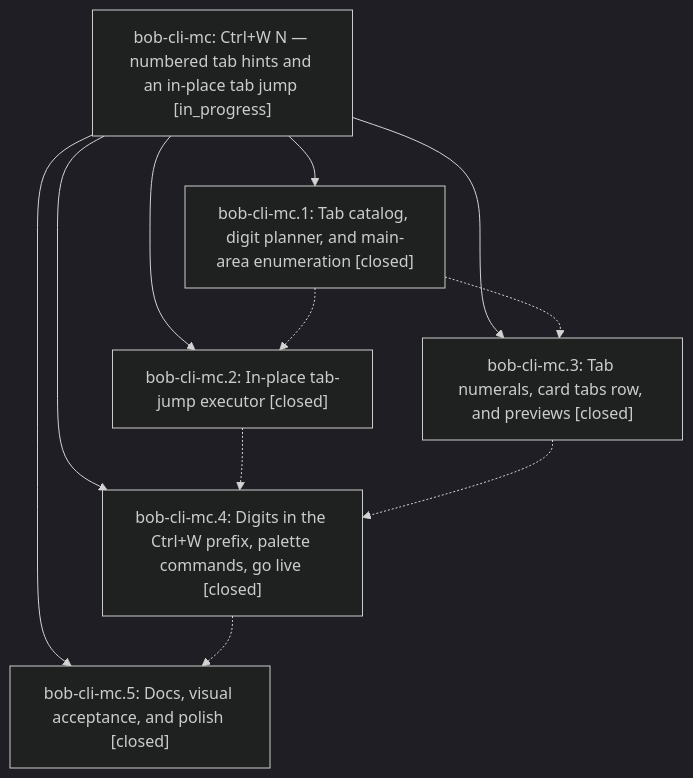
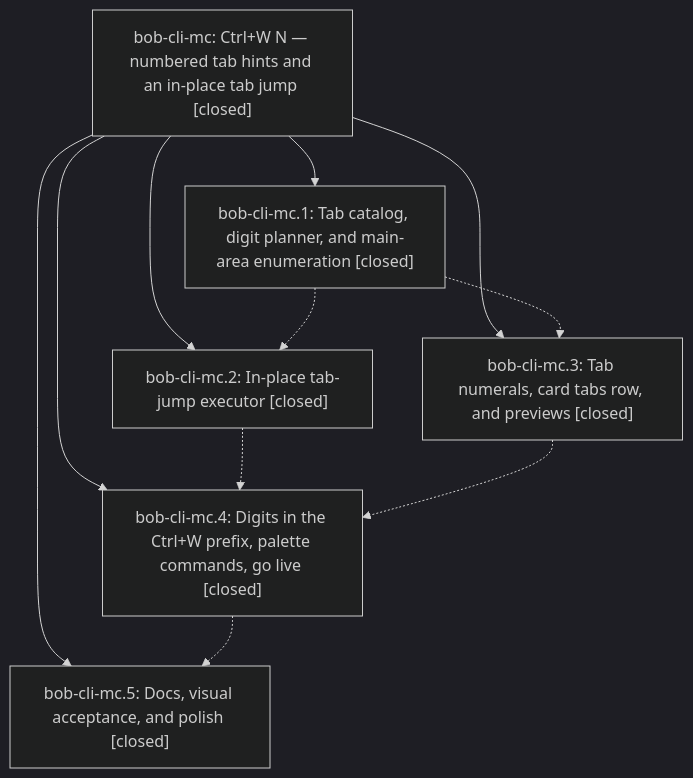
One commit to bobs-org/bob-cli--beads changed the diagram in pages/bob-cli-mc/README.md. Above: the diagram before and after it, drawn with Mermaid (dark theme). The commit also changed other lines of this file and 1 other file, not shown here.

First line of the commit message:
chore(beads): sync bead state and pages for bob-cli-mc

````diff
--- a/pages/bob-cli-mc/README.md
+++ b/pages/bob-cli-mc/README.md
@@ -40,19 +46,19 @@
 ```mermaid
 flowchart TD
-    n0["bob-cli-mc: Ctrl+W N — numbered tab hints and an in-place tab jump [in_progress]"]
+    n0["bob-cli-mc: Ctrl+W N — numbered tab hints and an in-place tab jump [closed]"]
     n1["bob-cli-mc.1: Tab catalog, digit planner, and main-area enumeration [closed]"]
     n2["bob-cli-mc.2: In-place tab-jump executor [closed]"]
     n3["bob-cli-mc.3: Tab numerals, card tabs row, and previews [closed]"]
     n4["bob-cli-mc.4: Digits in the Ctrl+W prefix, palette commands, go live [closed]"]
     n5["bob-cli-mc.5: Docs, visual acceptance, and polish [closed]"]
     n0 --> n1
     n0 --> n2
     n0 --> n3
     n0 --> n4
     n0 --> n5
     n1 -.-> n2
     n1 -.-> n3
     n2 -.-> n4
     n3 -.-> n4
     n4 -.-> n5
 ```
````
